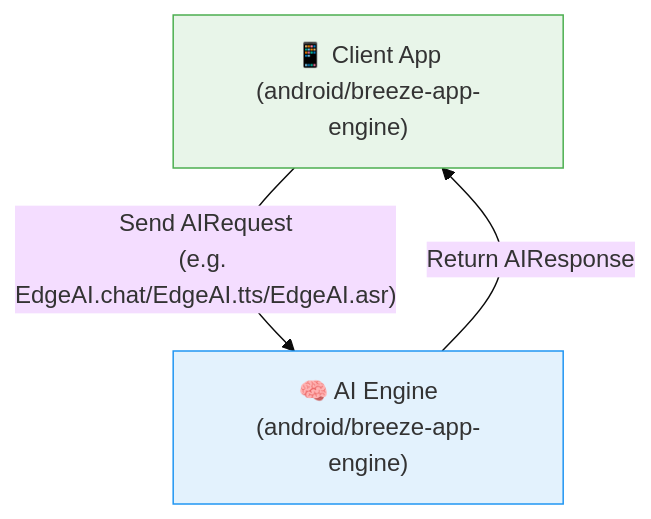
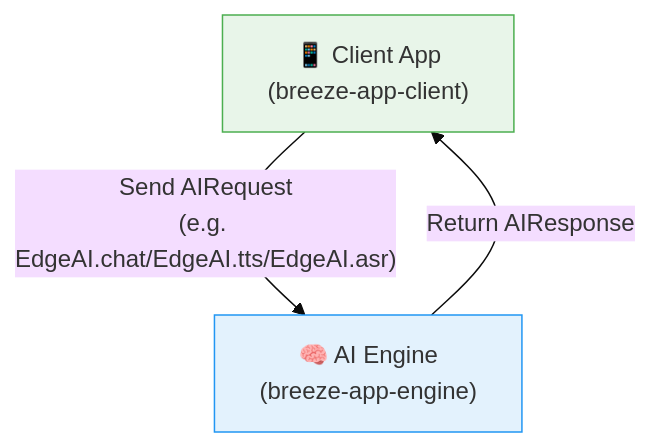
Before and after one commit to mtkresearch/BreezeApp-engine: the diagram in README.md, drawn with Mermaid (base theme). The commit also changed other lines of this file and 1 other file, not shown here.

Commit message:
Update README files

````diff
--- a/README.md
+++ b/README.md
@@ -26,11 +26,12 @@
 ```mermaid
+%%{init: {'flowchart': {'useMaxWidth': false, 'width': 800}}}%%
 graph TD
-    A["📱 Client App<br/>(android/breeze-app-engine)"]
-    B["🧠 AI Engine<br/>(android/breeze-app-engine)"]
+    A["📱 Client App<br/>(breeze-app-client)"]
+    B["🧠 AI Engine<br/>(breeze-app-engine)"]
 
     A -- "Send AIRequest<br>(e.g. EdgeAI.chat/EdgeAI.tts/EdgeAI.asr)" --> B
     B -- "Return AIResponse" --> A
 
     style A fill:#E8F5E9,stroke:#4CAF50
     style B fill:#E3F2FD,stroke:#2196F3
 ```
````
